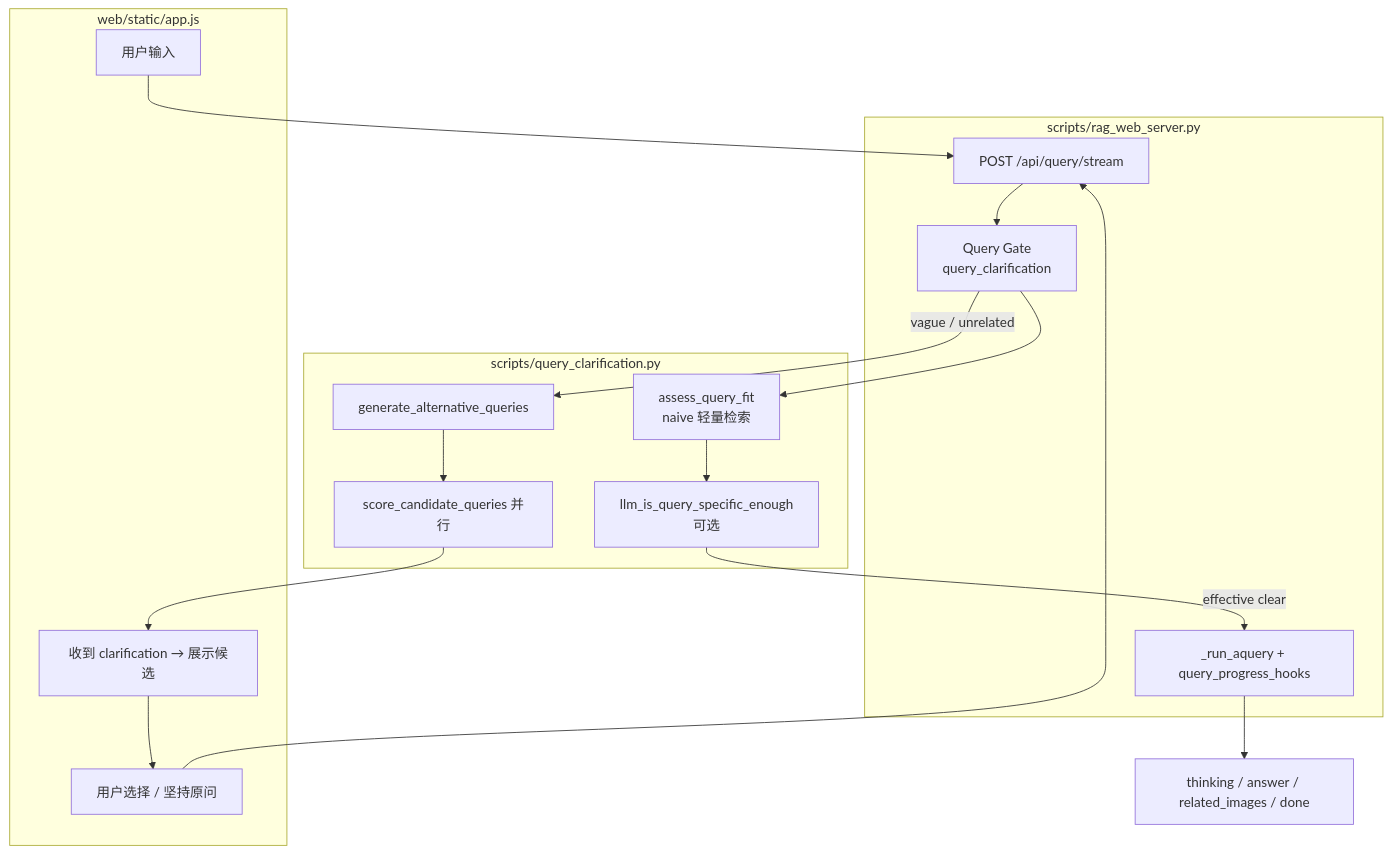
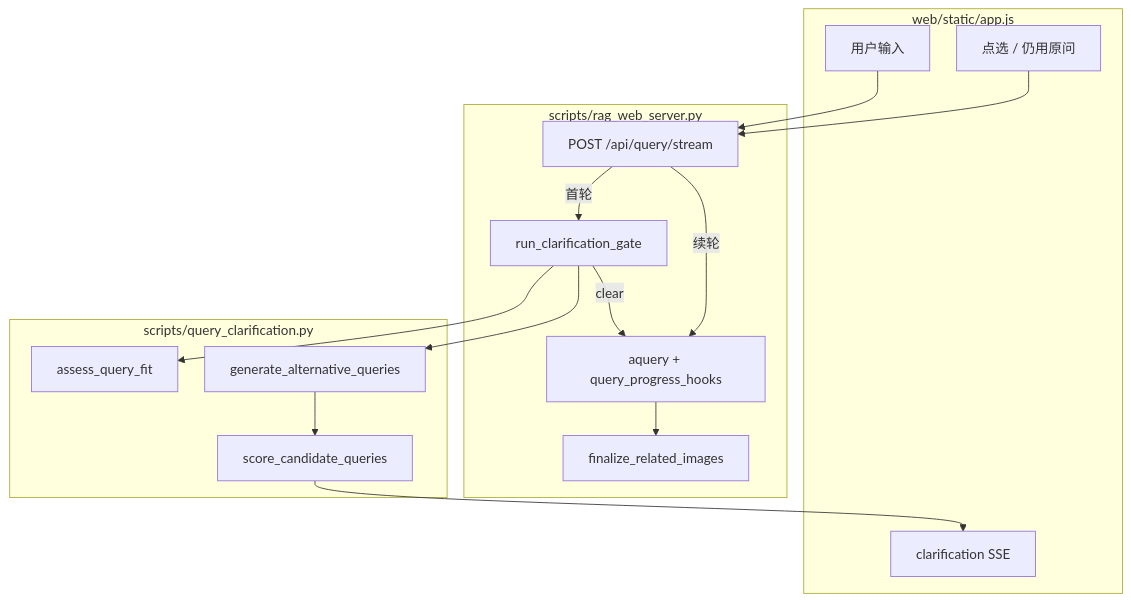
The second of 2 diagrams in docs/多轮问答实现方案.md (yiliangbetter/IndustrialRAG), drawn with Mermaid before and after one commit. The commit also changed other lines of this file and 4 other files, not shown here.

First line of the commit message:
docs: add query image guide, refresh clarification docs, and impl template

````diff
--- a/docs/多轮问答实现方案.md
+++ b/docs/多轮问答实现方案.md
@@ -143,28 +233,29 @@
 ```mermaid
+%%{init: {'themeVariables': {'fontSize': '16px'}, 'flowchart': {'nodeSpacing': 32, 'rankSpacing': 40}}}%%
 flowchart TB
     subgraph UI["web/static/app.js"]
         U[用户输入]
-        U2[收到 clarification → 展示候选]
-        U3[用户选择 / 坚持原问]
+        U2[clarification SSE]
+        U3[点选 / 仍用原问]
     end
 
     subgraph API["scripts/rag_web_server.py"]
-        G[Query Gate<br/>query_clarification]
         S[POST /api/query/stream]
-        A[_run_aquery + query_progress_hooks]
+        G[run_clarification_gate]
+        A[aquery + query_progress_hooks]
+        F[finalize_related_images]
     end
 
     subgraph Core["scripts/query_clarification.py"]
-        E1[assess_query_fit<br/>naive 轻量检索]
-        E1b[llm_is_query_specific_enough<br/>可选]
+        E1[assess_query_fit]
         E2[generate_alternative_queries]
-        E3[score_candidate_queries 并行]
+        E3[score_candidate_queries]
     end
 
-    U --> S --> G
-    G --> E1 --> E1b
-    E1b -->|effective clear| A
-    G -->|vague / unrelated| E2 --> E3
-    E3 --> U2 --> U3 --> S
-    A --> SSE2[thinking / answer / related_images / done]
+    U --> S
+    S -->|首轮| G --> E1
+    G --> E2 --> E3 --> U2
+    U3 --> S
+    S -->|续轮| A --> F
+    G -->|clear| A
 ```
````
